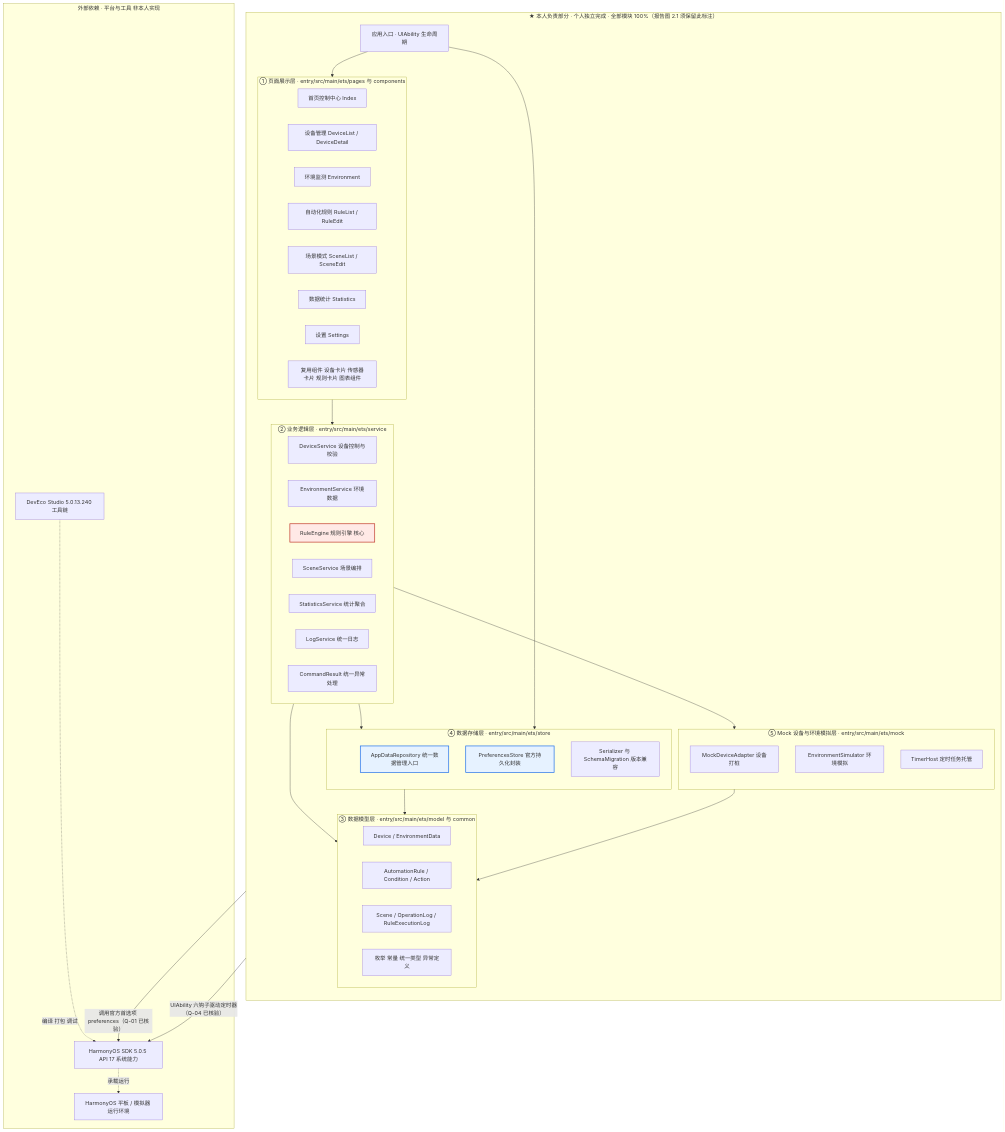
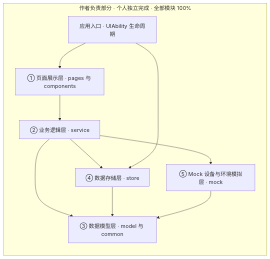
Before and after one commit to Yu-qiamWei/SmartDorm-HarmonyOS: the second of 3 diagrams in docs/软件需求说明书.md, drawn with Mermaid. The commit also changed other lines of this file, not shown here.

````diff
--- a/docs/软件需求说明书.md
+++ b/docs/软件需求说明书.md
@@ -543,66 +61,20 @@
 ```mermaid
 flowchart TB
-    subgraph SCOPE["★ 本人负责部分 · 个人独立完成 · 全部模块 100%（报告图 2.1 须保留此标注）"]
+    subgraph SCOPE["作者负责部分 · 个人独立完成 · 全部模块 100%"]
         direction TB
-        subgraph L1["① 页面展示层 · entry/src/main/ets/pages 与 components"]
-            P1["首页控制中心 Index"]
-            P2["设备管理 DeviceList / DeviceDetail"]
-            P3["环境监测 Environment"]
-            P4["自动化规则 RuleList / RuleEdit"]
-            P5["场景模式 SceneList / SceneEdit"]
-            P6["数据统计 Statistics"]
-            P7["设置 Settings"]
-            PC["复用组件 设备卡片 传感器卡片 规则卡片 图表组件"]
-        end
-        subgraph L2["② 业务逻辑层 · entry/src/main/ets/service"]
-            S1["DeviceService 设备控制与校验"]
-            S2["EnvironmentService 环境数据"]
-            S3["RuleEngine 规则引擎 核心"]
-            S4["SceneService 场景编排"]
-            S5["StatisticsService 统计聚合"]
-            S6["LogService 统一日志"]
-            S7["CommandResult 统一异常处理"]
-        end
-        subgraph L3["③ 数据模型层 · entry/src/main/ets/model 与 common"]
-            M1["Device / EnvironmentData"]
-            M2["AutomationRule / Condition / Action"]
-            M3["Scene / OperationLog / RuleExecutionLog"]
-            M4["枚举 常量 统一类型 异常定义"]
-        end
-        subgraph L4["④ 数据存储层 · entry/src/main/ets/store"]
-            D1["AppDataRepository 统一数据管理入口"]
-            D2["PreferencesStore 官方持久化封装"]
-            D3["Serializer 与 SchemaMigration 版本兼容"]
-        end
-        subgraph L5["⑤ Mock 设备与环境模拟层 · entry/src/main/ets/mock"]
-            K1["MockDeviceAdapter 设备打桩"]
-            K2["EnvironmentSimulator 环境模拟"]
-            K3["TimerHost 定时任务托管"]
-        end
+        L1["① 页面展示层 · pages 与 components"]
+        L2["② 业务逻辑层 · service"]
+        L3["③ 数据模型层 · model 与 common"]
+        L4["④ 数据存储层 · store"]
+        L5["⑤ Mock 设备与环境模拟层 · mock"]
         A0["应用入口 · UIAbility 生命周期"]
+        L1 --> L2
+        L2 --> L3
+        L2 --> L4
+        L2 --> L5
+        L4 --> L3
+        L5 --> L3
+        A0 --> L1
+        A0 --> L4
     end
-
-    subgraph SYS["外部依赖 · 平台与工具 非本人实现"]
-        X1["HarmonyOS SDK 5.0.5 API 17 系统能力"]
-        X2["DevEco Studio 5.0.13.240 工具链"]
-        X3["HarmonyOS 平板 / 模拟器 运行环境"]
-    end
-
-    L1 --> L2
-    L2 --> L3
-    L2 --> L4
-    L2 --> L5
-    L4 --> L3
-    L5 --> L3
-    A0 --> L1
-    A0 --> L4
-    D2 -->|"调用官方首选项 preferences（Q-01 已核验）"| X1
-    K3 -->|"UIAbility 六钩子驱动定时器（Q-04 已核验）"| X1
-    X2 -.->|"编译 打包 调试"| X1
-    X1 -.->|"承载运行"| X3
-
-    classDef core fill:#ffe9e6,stroke:#c0392b,stroke-width:2px;
-    classDef store fill:#e6f2ff,stroke:#1f6feb,stroke-width:2px;
-    class S3 core;
-    class D1,D2 store;
 ```
````
